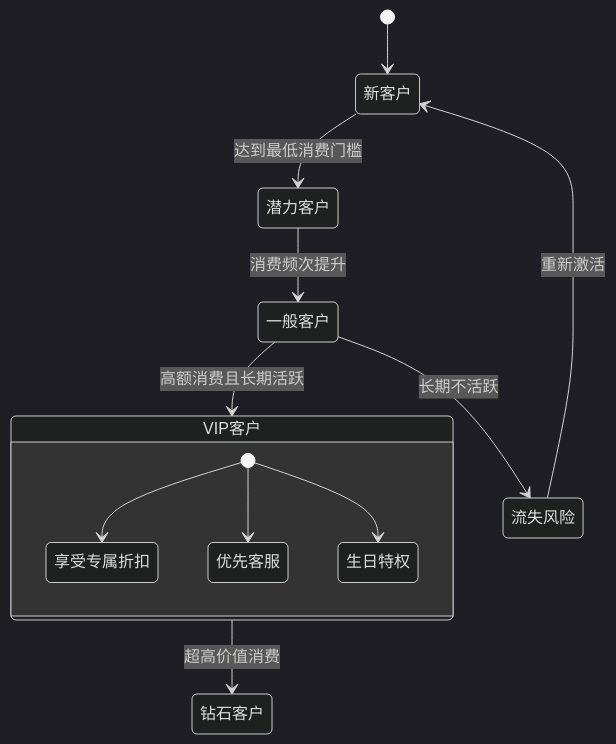
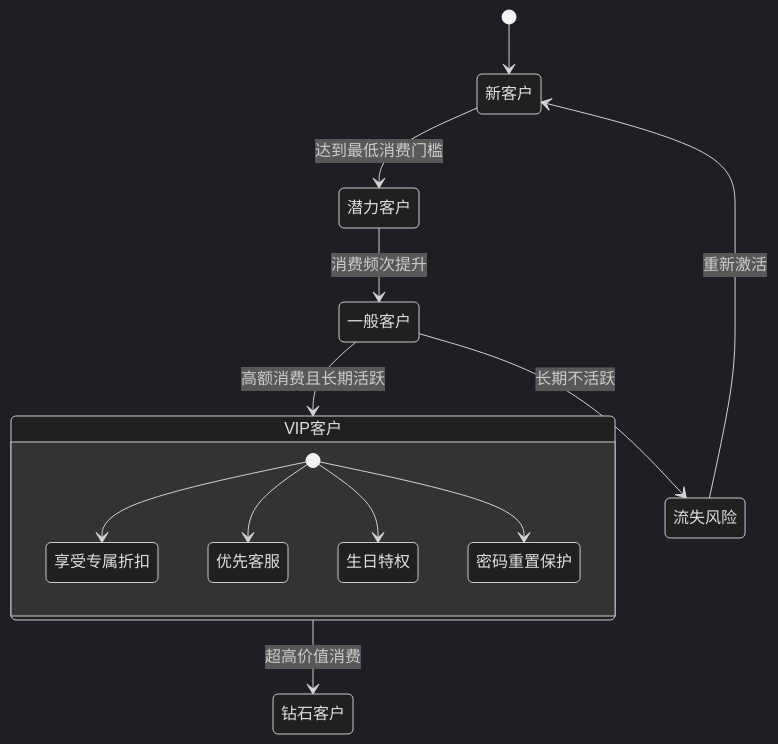
The eighth of 11 diagrams in .qoder/repowiki/zh/content/管理后台系统/客户管理系统.md (three3638-arch/celestia_2b), drawn with Mermaid (dark theme) before and after one commit. The commit also changed other lines of this file and 8 other files, not shown here.

````diff
--- a/.qoder/repowiki/zh/content/管理后台系统/客户管理系统.md
+++ b/.qoder/repowiki/zh/content/管理后台系统/客户管理系统.md
@@ -321,15 +411,16 @@
 ```mermaid
 stateDiagram-v2
 [*] --> 新客户
 新客户 --> 潜力客户 : 达到最低消费门槛
 潜力客户 --> 一般客户 : 消费频次提升
 一般客户 --> VIP客户 : 高额消费且长期活跃
 VIP客户 --> 钻石客户 : 超高价值消费
 一般客户 --> 流失风险 : 长期不活跃
 流失风险 --> 新客户 : 重新激活
 state VIP客户 {
 [*] --> 享受专属折扣
 [*] --> 优先客服
 [*] --> 生日特权
+[*] --> 密码重置保护
 }
 ```
````
